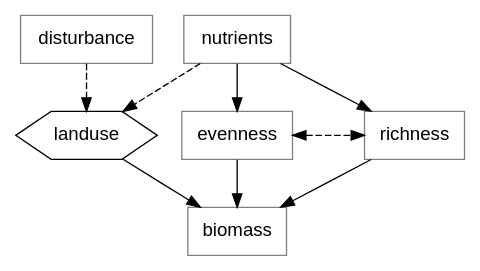
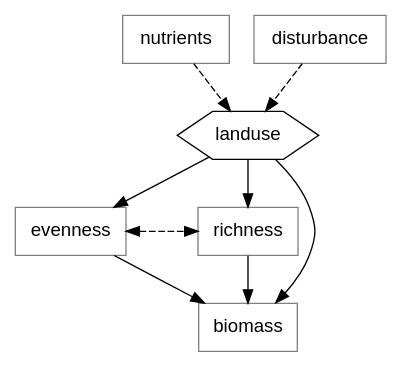
Diagram 14 of 17 in 5_Slides/Intro_to_SEM_part2.qmd (pennekampster/Swiss_SEM), drawn with Graphviz before and after one commit. The commit also changed other lines of this file and 3 other files, not shown here.

````diff
--- a/5_Slides/Intro_to_SEM_part2.qmd
+++ b/5_Slides/Intro_to_SEM_part2.qmd
@@ -803,36 +803,35 @@
 ```{dot}
 //| fig-width: 5
 digraph  {
 
    # a 'graph' statement
   graph [overlap = false, fontsize = 10, rankdir = TB, ranksep=.5]
 
     node [shape=hexagon, fontname = Helvetica]
     landuse
 
   # several 'node' statements
   node [shape = box,
         fontname = Helvetica, color="gray"]
   
         evenness, richness;
         nutrients;
         disturbance;
         biomass;
 
-    nutrients->richness;
-    nutrients -> evenness;
-
+    landuse -> richness;
+    landuse ->  evenness;
     landuse -> biomass;
 
     evenness-> biomass;
     richness->biomass;
 
     nutrients -> landuse [style="dashed"];
     disturbance -> landuse [style="dashed"];
 
     evenness-> richness [dir=both, minlen=3, style="dashed"] ;
 
   
  { rank="same"; evenness, richness}
 }
 ```
````
